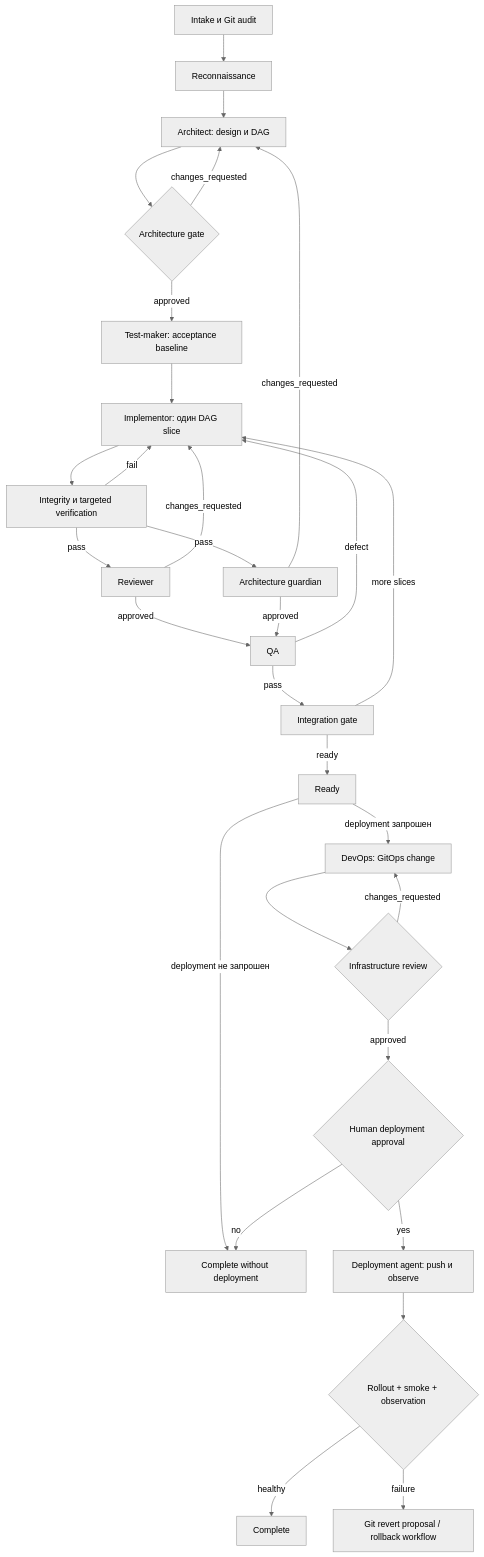
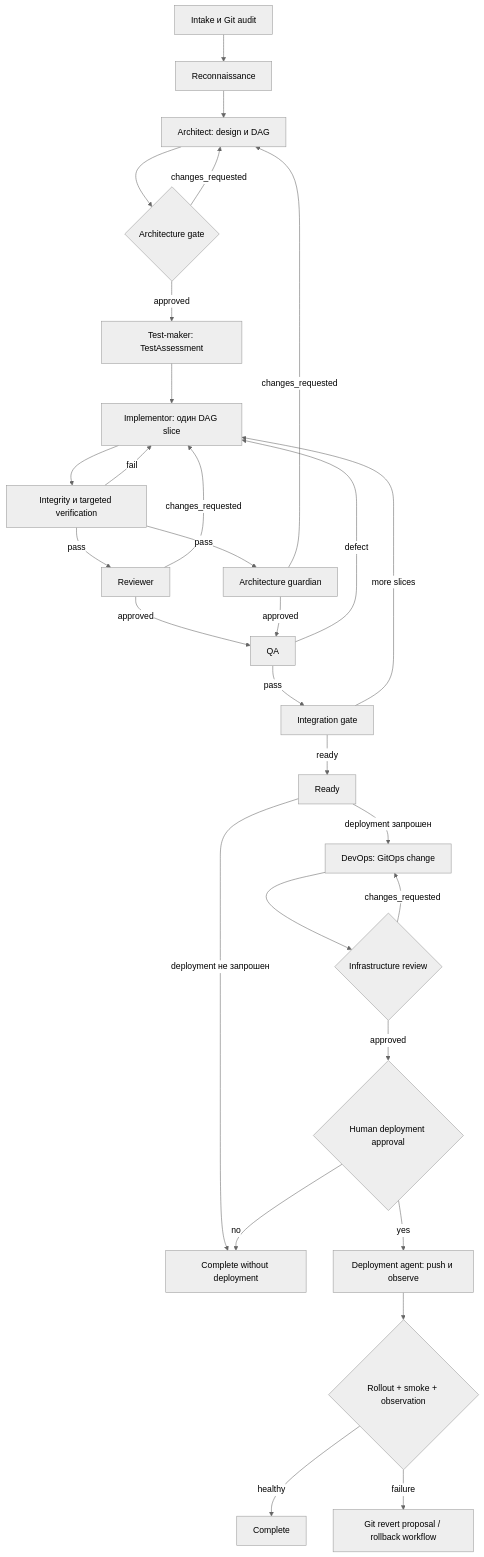
One commit to wget-cloud/codex-plugins changed the diagram in plugins/wget-cloud-implementation/skills/wgc-implementation/references/workflow.md. Above: the diagram before and after it, drawn with Mermaid (neutral theme). The commit also changed other lines of this file and 59 other files, not shown here.

Commit message:
feat(plugin): add adaptive test assessment policy

````diff
--- a/plugins/wget-cloud-implementation/skills/wgc-implementation/references/workflow.md
+++ b/plugins/wget-cloud-implementation/skills/wgc-implementation/references/workflow.md
@@ -20,31 +20,31 @@
 ```mermaid
 flowchart TD
     I["Intake и Git audit"] --> R["Reconnaissance"]
     R --> D["Architect: design и DAG"]
     D --> AG1{"Architecture gate"}
     AG1 -- changes_requested --> D
-    AG1 -- approved --> T["Test-maker: acceptance baseline"]
+    AG1 -- approved --> T["Test-maker: TestAssessment"]
     T --> IM["Implementor: один DAG slice"]
     IM --> V["Integrity и targeted verification"]
     V -- fail --> IM
     V -- pass --> CR["Reviewer"]
     V -- pass --> AG2["Architecture guardian"]
     CR -- changes_requested --> IM
     AG2 -- changes_requested --> D
     CR -- approved --> Q["QA"]
     AG2 -- approved --> Q
     Q -- defect --> IM
     Q -- pass --> IN["Integration gate"]
     IN -- more slices --> IM
     IN -- ready --> RDY["Ready"]
     RDY -->|"deployment не запрошен"| DONE["Complete without deployment"]
     RDY -->|"deployment запрошен"| DO["DevOps: GitOps change"]
     DO --> IR{"Infrastructure review"}
     IR -- changes_requested --> DO
     IR -- approved --> H{"Human deployment approval"}
     H -- no --> DONE
     H -- yes --> DEP["Deployment agent: push и observe"]
     DEP --> OBS{"Rollout + smoke + observation"}
     OBS -- healthy --> COMPLETE["Complete"]
     OBS -- failure --> RB["Git revert proposal / rollback workflow"]
 ```
````
